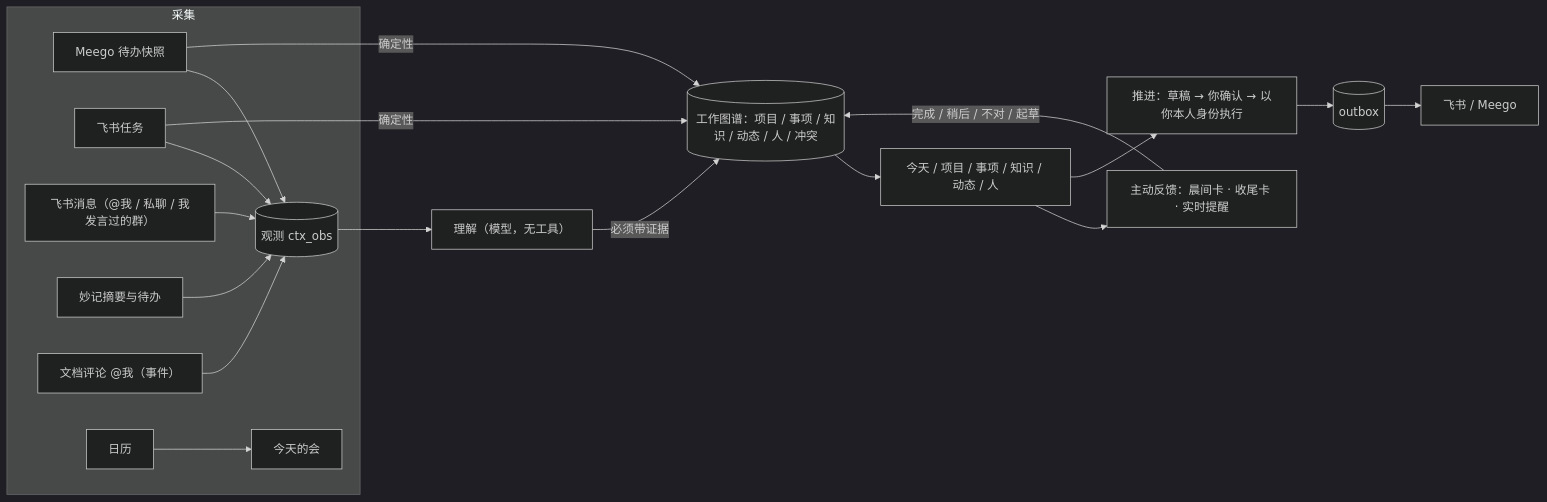
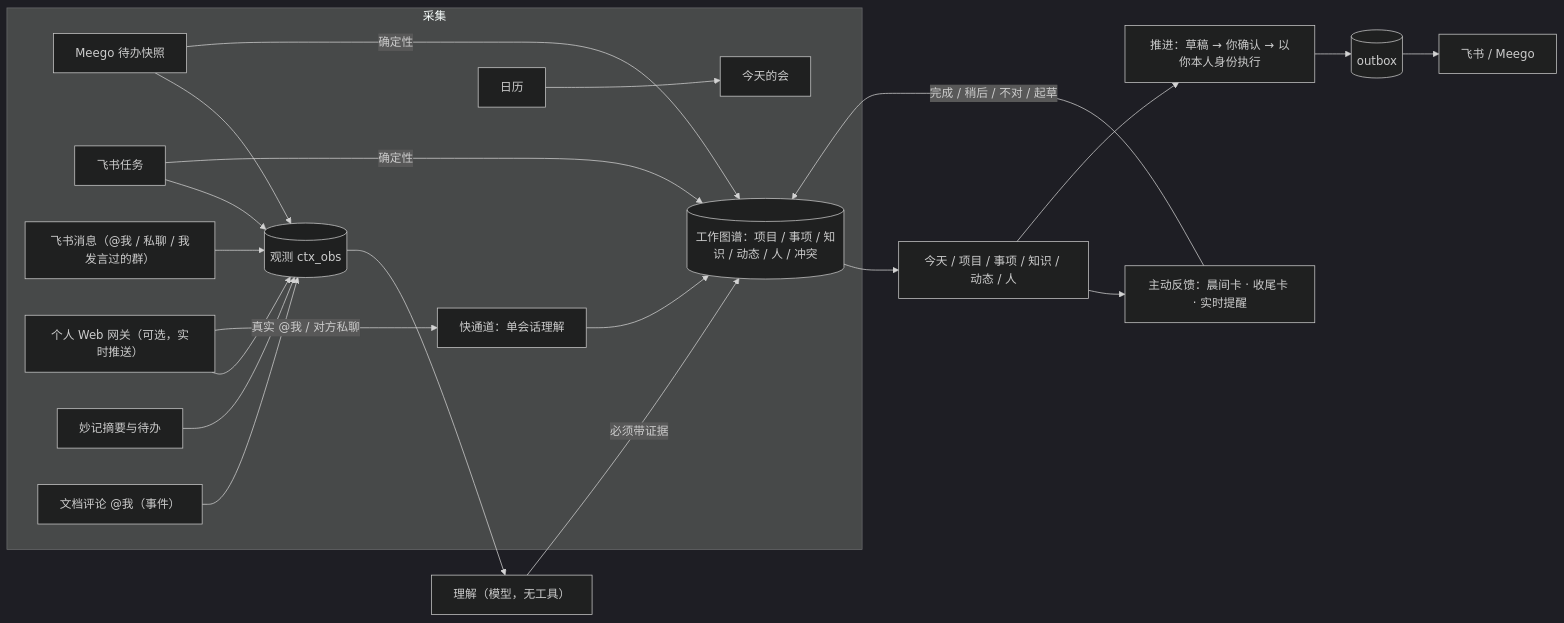
Before and after one commit to azhonglee/avatar: the diagram in docs/工作上下文.md, drawn with Mermaid (dark theme). The commit also changed other lines of this file and 6 other files, not shown here.

````diff
--- a/docs/工作上下文.md
+++ b/docs/工作上下文.md
@@ -7,20 +7,23 @@
 ```mermaid
 flowchart LR
   subgraph 采集
     M[Meego 待办快照] --> O
     T[飞书任务] --> O
     I["飞书消息（@我 / 私聊 / 我发言过的群）"] --> O
+    PW["个人 Web 网关（可选，实时推送）"] --> O
+    PW -->|"真实 @我 / 对方私聊"| FL[快通道：单会话理解]
+    FL --> G
     MI[妙记摘要与待办] --> O
     D["文档评论 @我（事件）"] --> O
     C[日历] --> CAL[今天的会]
   end
   O[(观测 ctx_obs)] --> U["理解（模型，无工具）"]
   U -->|必须带证据| G[(工作图谱：项目 / 事项 / 知识 / 动态 / 人 / 冲突)]
   M -->|确定性| G
   T -->|确定性| G
   G --> V[今天 / 项目 / 事项 / 知识 / 动态 / 人]
   V --> F["主动反馈：晨间卡 · 收尾卡 · 实时提醒"]
   V --> P["推进：草稿 → 你确认 → 以你本人身份执行"]
   F -->|完成 / 稍后 / 不对 / 起草| G
   P --> OB[(outbox)] --> FS[飞书 / Meego]
 ```
````
